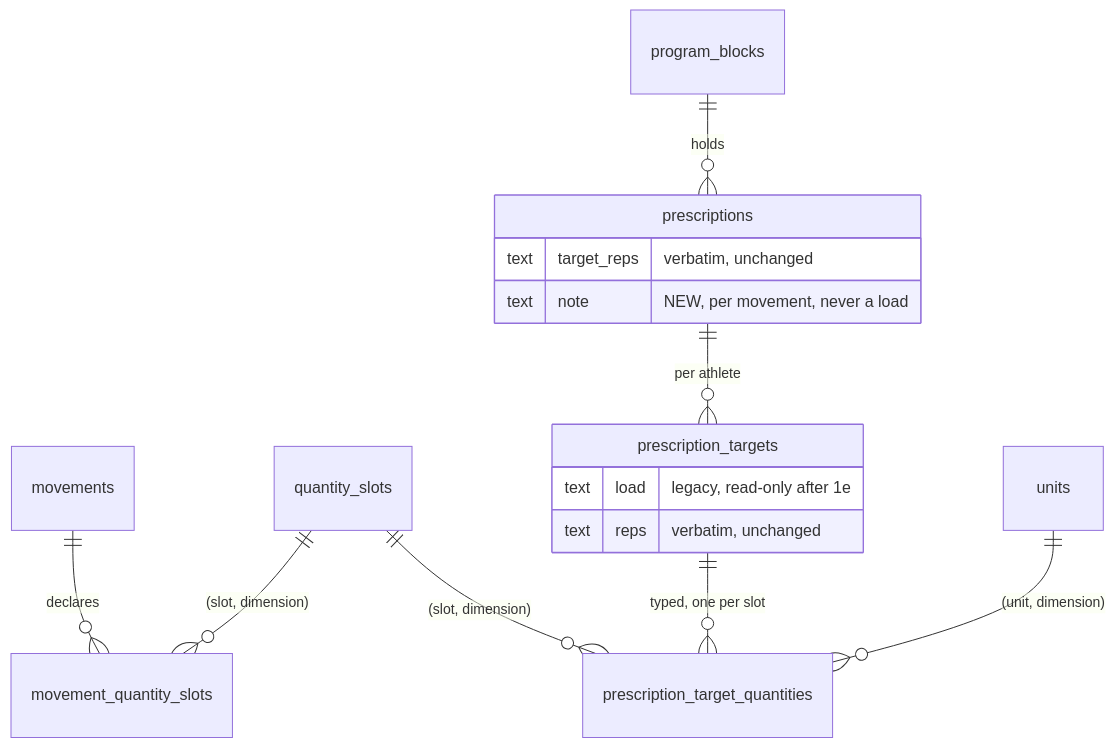
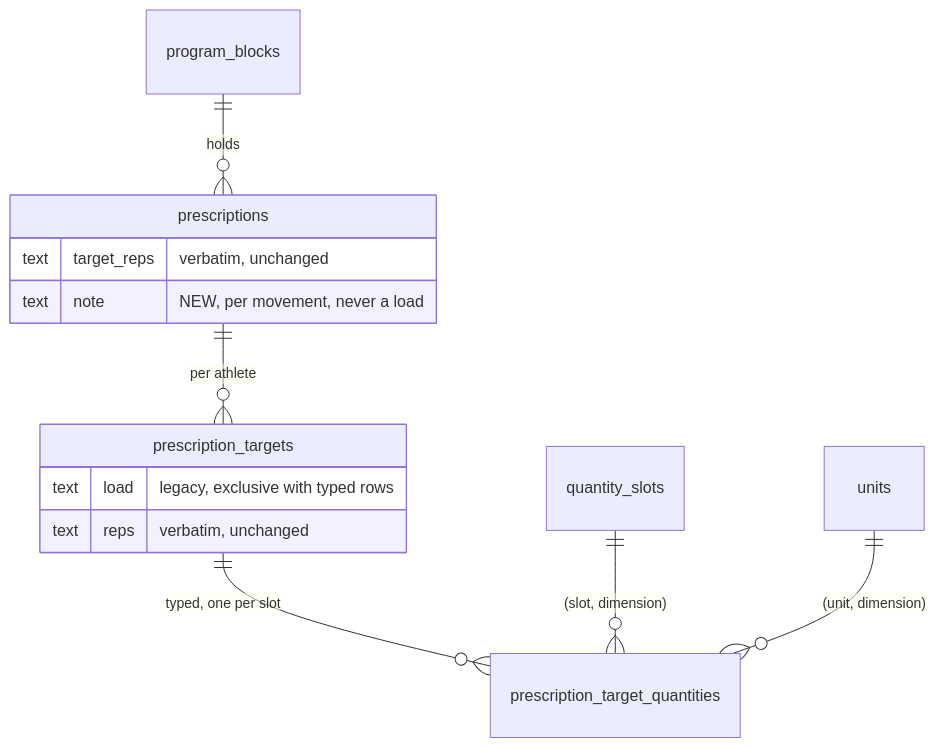
Before and after one commit to ralamode/mat-plan: the second of 2 diagrams in docs/plans/tgt-1-typed-targets.md, drawn with Mermaid. The commit also changed other lines of this file and 10 other files, not shown here.

````diff
--- a/docs/plans/tgt-1-typed-targets.md
+++ b/docs/plans/tgt-1-typed-targets.md
@@ -365,18 +386,16 @@
 ```mermaid
 erDiagram
-  movements ||--o{ movement_quantity_slots : declares
-  quantity_slots ||--o{ movement_quantity_slots : "(slot, dimension)"
   program_blocks ||--o{ prescriptions : holds
   prescriptions ||--o{ prescription_targets : "per athlete"
   prescription_targets ||--o{ prescription_target_quantities : "typed, one per slot"
   quantity_slots ||--o{ prescription_target_quantities : "(slot, dimension)"
   units ||--o{ prescription_target_quantities : "(unit, dimension)"
   prescriptions {
     text target_reps "verbatim, unchanged"
     text note "NEW, per movement, never a load"
   }
   prescription_targets {
-    text load "legacy, read-only after 1e"
+    text load "legacy, exclusive with typed rows"
     text reps "verbatim, unchanged"
   }
 ```
````
